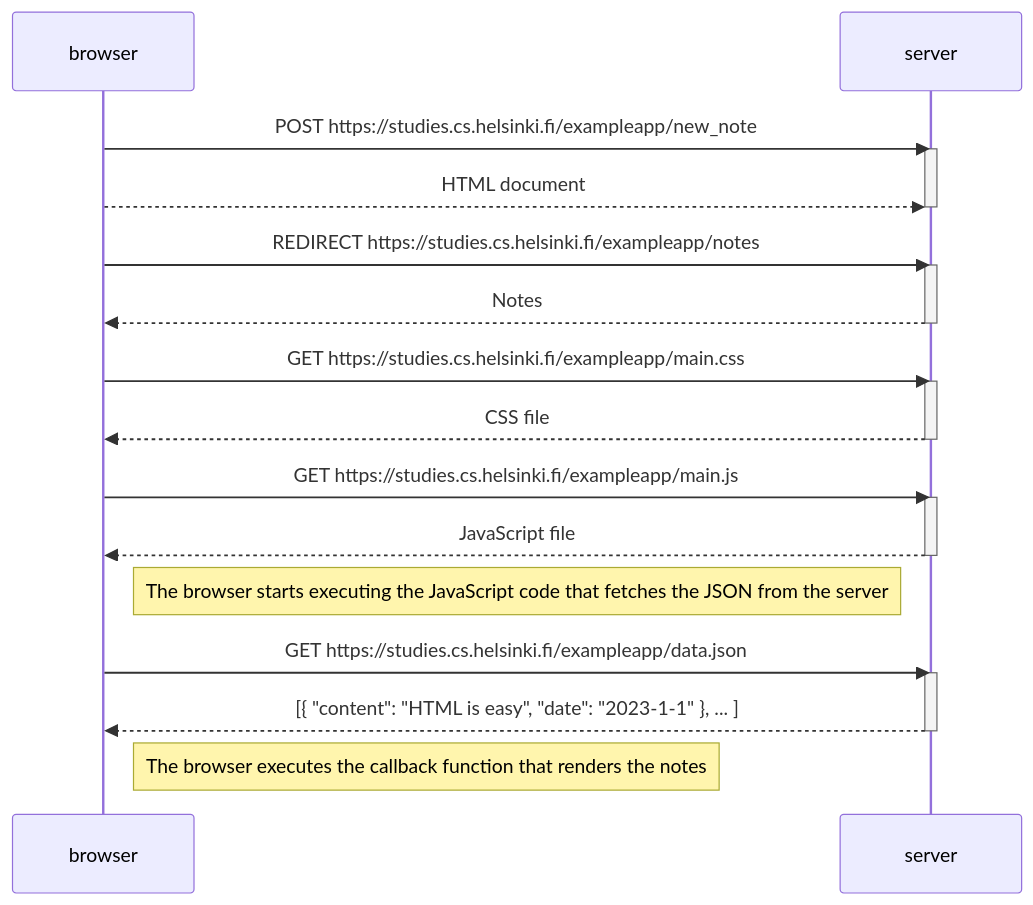
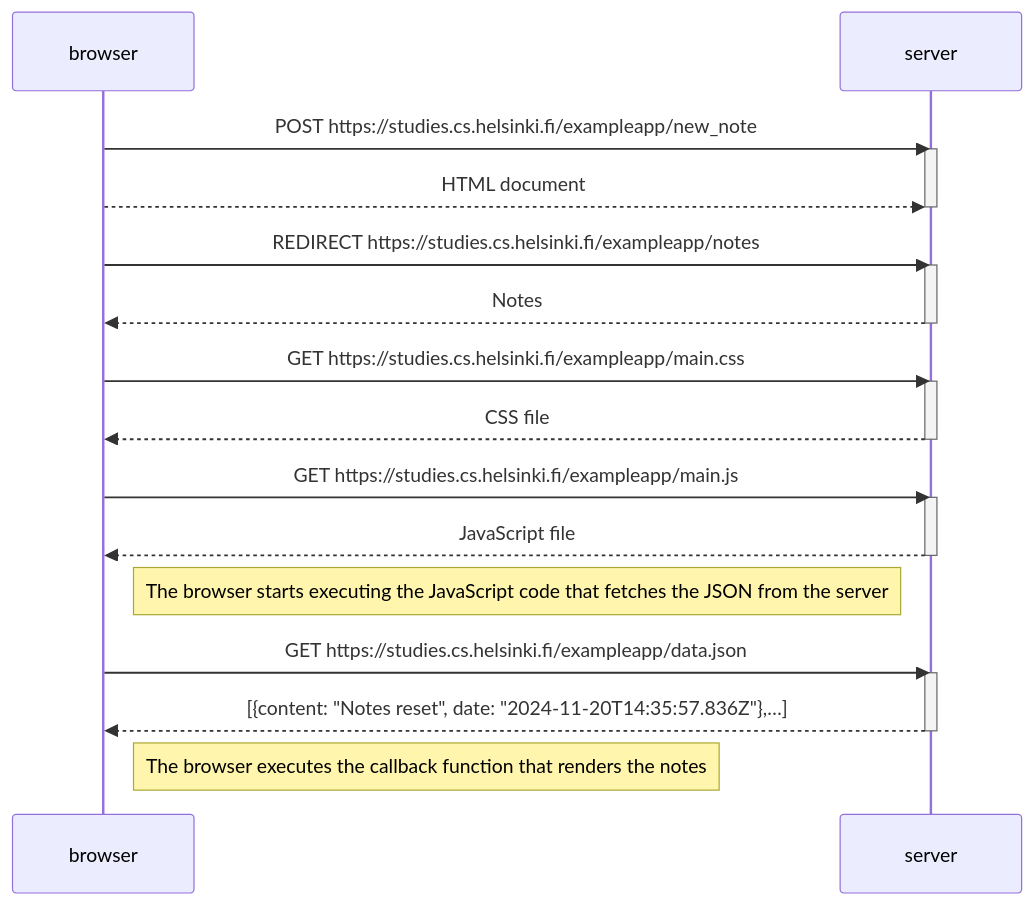
One commit to thaibinhbr97/full-stack-open changed the second of 4 diagrams in part0/new-node.md. Above: the diagram before and after it, drawn with Mermaid. The commit also changed other lines of this file, not shown here.

````diff
--- a/part0/new-node.md
+++ b/part0/new-node.md
@@ -32,34 +32,34 @@
 ```mermaid
 sequenceDiagram
     participant browser
     participant server
 
     browser->>server: POST https://studies.cs.helsinki.fi/exampleapp/new_note
     activate server
     browser-->>server: HTML document
     deactivate server
 
     browser->>server: REDIRECT https://studies.cs.helsinki.fi/exampleapp/notes
     activate server
     server-->>browser: Notes
     deactivate server
 
     browser->>server: GET https://studies.cs.helsinki.fi/exampleapp/main.css
     activate server
     server-->>browser: CSS file
     deactivate server
 
     browser->>server: GET https://studies.cs.helsinki.fi/exampleapp/main.js
     activate server
     server-->>browser: JavaScript file
     deactivate server
 
     Note right of browser: The browser starts executing the JavaScript code that fetches the JSON from the server
 
     browser->>server: GET https://studies.cs.helsinki.fi/exampleapp/data.json
     activate server
-    server-->>browser: [{ "content": "HTML is easy", "date": "2023-1-1" }, ... ]
+    server-->>browser: [{content: "Notes reset", date: "2024-11-20T14:35:57.836Z"},…]
     deactivate server
 
     Note right of browser: The browser executes the callback function that renders the notes
 ```
````
